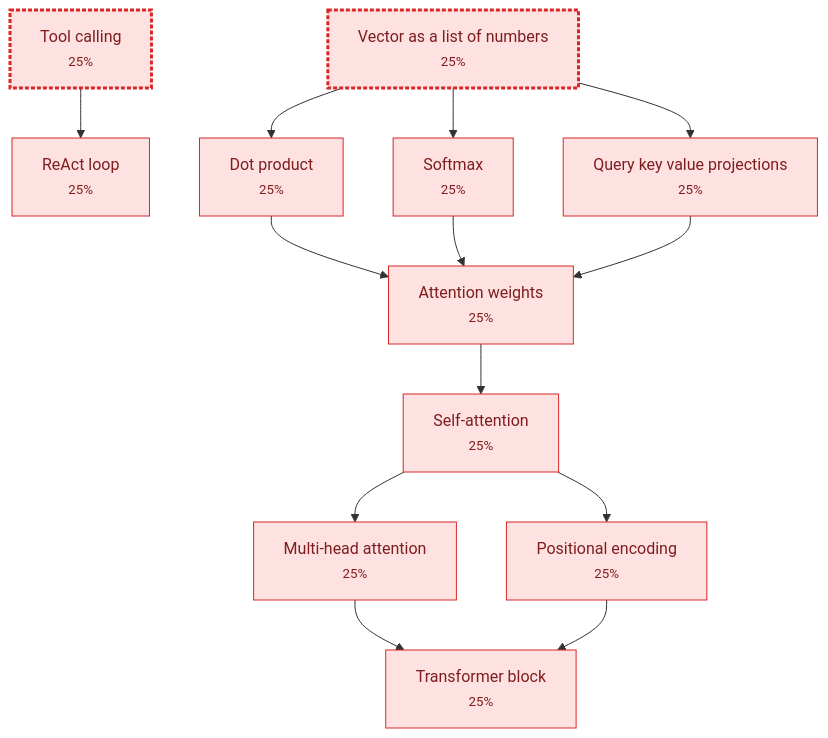
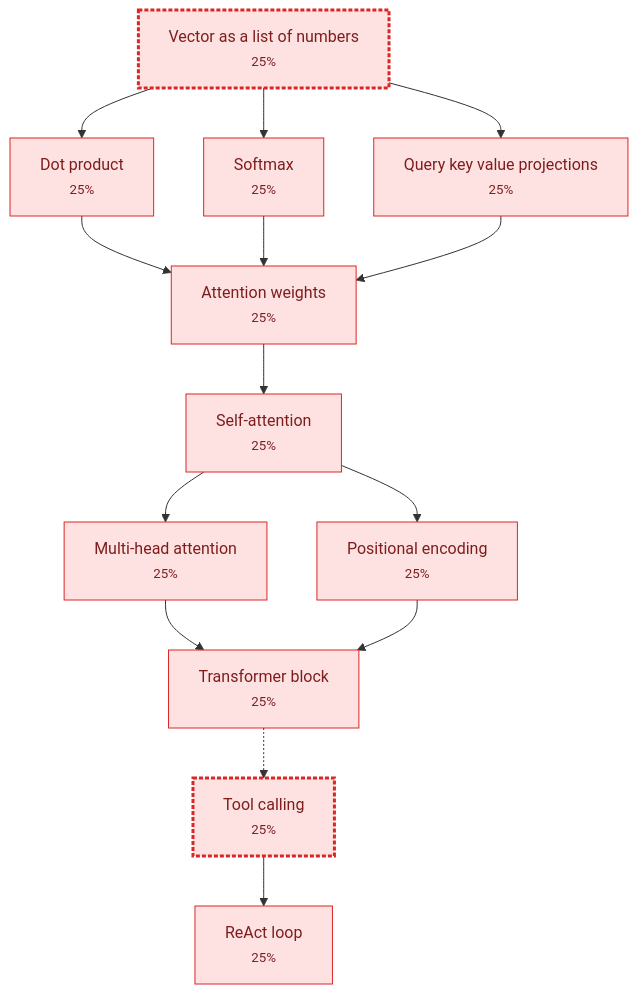
One commit to c-wenlong/gnosia-learn changed the diagram in learn/map.md. Above: the diagram before and after it, drawn with Mermaid. The commit also changed other lines of this file and 13 other files, not shown here.

````diff
--- a/learn/map.md
+++ b/learn/map.md
@@ -27,35 +27,36 @@
 ```mermaid
 flowchart TD
-  n_tool_calling["Tool calling<br/><small>25%</small>"]
-  n_react_loop["ReAct loop<br/><small>25%</small>"]
   n_vector_as_a_list_of_numbers["Vector as a list of numbers<br/><small>25%</small>"]
   n_dot_product["Dot product<br/><small>25%</small>"]
   n_query_key_value_projections["Query key value projections<br/><small>25%</small>"]
   n_softmax["Softmax<br/><small>25%</small>"]
   n_attention_weights["Attention weights<br/><small>25%</small>"]
   n_self_attention["Self-attention<br/><small>25%</small>"]
   n_multi_head_attention["Multi-head attention<br/><small>25%</small>"]
   n_positional_encoding["Positional encoding<br/><small>25%</small>"]
   n_transformer_block["Transformer block<br/><small>25%</small>"]
-  n_tool_calling --> n_react_loop
+  n_tool_calling["Tool calling<br/><small>25%</small>"]
+  n_react_loop["ReAct loop<br/><small>25%</small>"]
   n_vector_as_a_list_of_numbers --> n_dot_product
   n_vector_as_a_list_of_numbers --> n_query_key_value_projections
   n_vector_as_a_list_of_numbers --> n_softmax
   n_dot_product --> n_attention_weights
   n_softmax --> n_attention_weights
   n_query_key_value_projections --> n_attention_weights
   n_attention_weights --> n_self_attention
   n_self_attention --> n_multi_head_attention
   n_self_attention --> n_positional_encoding
   n_multi_head_attention --> n_transformer_block
   n_positional_encoding --> n_transformer_block
+  n_transformer_block -.-> n_tool_calling
+  n_tool_calling --> n_react_loop
 
   classDef mastered fill:#dcfce7,stroke:#16a34a,stroke-width:1px,color:#14532d;
   classDef solid fill:#e0f2fe,stroke:#0284c7,stroke-width:1px,color:#0c4a6e;
   classDef shaky fill:#fef9c3,stroke:#ca8a04,stroke-width:1px,color:#713f12;
   classDef weak fill:#ffedd5,stroke:#ea580c,stroke-width:1px,color:#7c2d12;
   classDef gap fill:#fee2e2,stroke:#dc2626,stroke-width:1px,color:#7f1d1d;
   classDef frontier stroke-width:3px,stroke-dasharray:4 2;
-  class n_tool_calling,n_react_loop,n_vector_as_a_list_of_numbers,n_dot_product,n_query_key_value_projections,n_softmax,n_attention_weights,n_self_attention,n_multi_head_attention,n_positional_encoding,n_transformer_block gap;
+  class n_vector_as_a_list_of_numbers,n_dot_product,n_query_key_value_projections,n_softmax,n_attention_weights,n_self_attention,n_multi_head_attention,n_positional_encoding,n_transformer_block,n_tool_calling,n_react_loop gap;
   class n_tool_calling,n_vector_as_a_list_of_numbers frontier;
 ```
````
